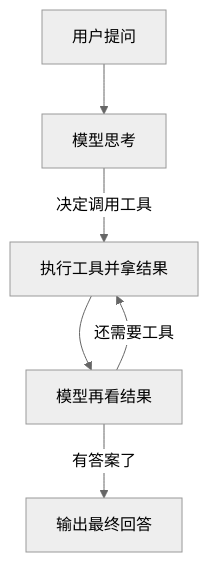
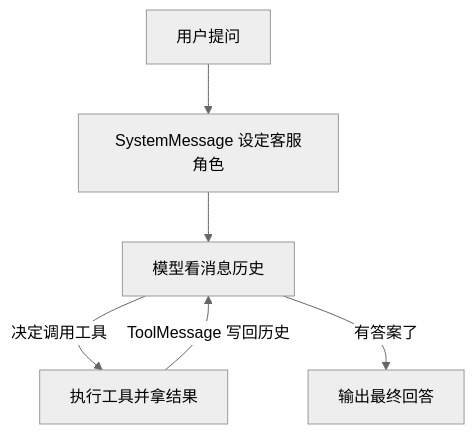
Before and after one commit to zhonglove/zhonglove.github.io: the seventh of 8 diagrams in docs/articles/nestjs-langchain-ai-app.md, drawn with Mermaid (neutral theme). The commit also changed other lines of this file and 6 other files, not shown here.

````diff
--- a/docs/articles/nestjs-langchain-ai-app.md
+++ b/docs/articles/nestjs-langchain-ai-app.md
@@ -719,8 +840,8 @@
 ```mermaid
 flowchart TD
-    U[用户提问] --> L1[模型思考]
+    U[用户提问] --> S[SystemMessage 设定客服角色]
+    S --> L1[模型看消息历史]
     L1 -->|决定调用工具| T[执行工具并拿结果]
-    T --> L2[模型再看结果]
-    L2 -->|还需要工具| T
-    L2 -->|有答案了| F[输出最终回答]
+    T -->|ToolMessage 写回历史| L1
+    L1 -->|有答案了| F[输出最终回答]
 ```
````
